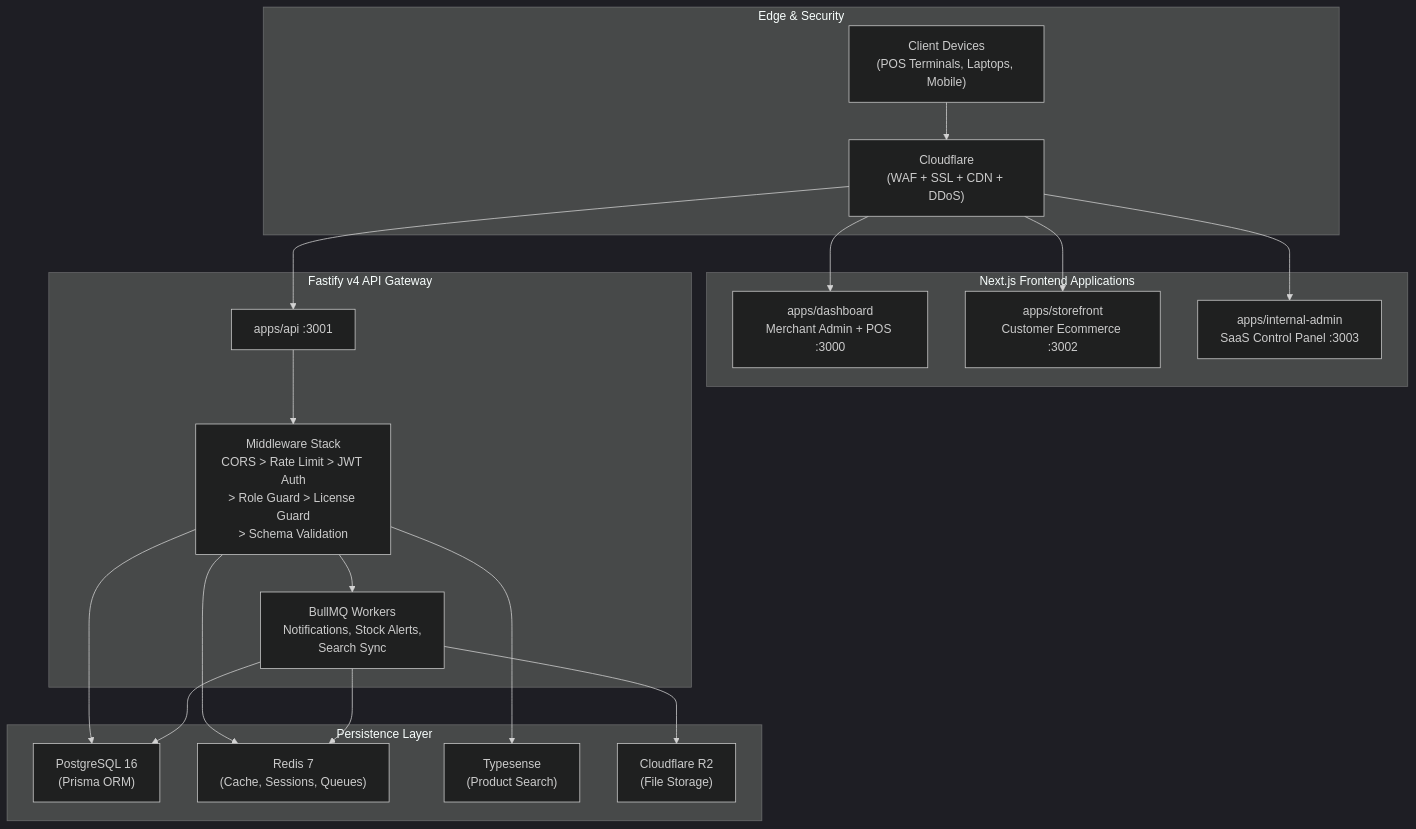
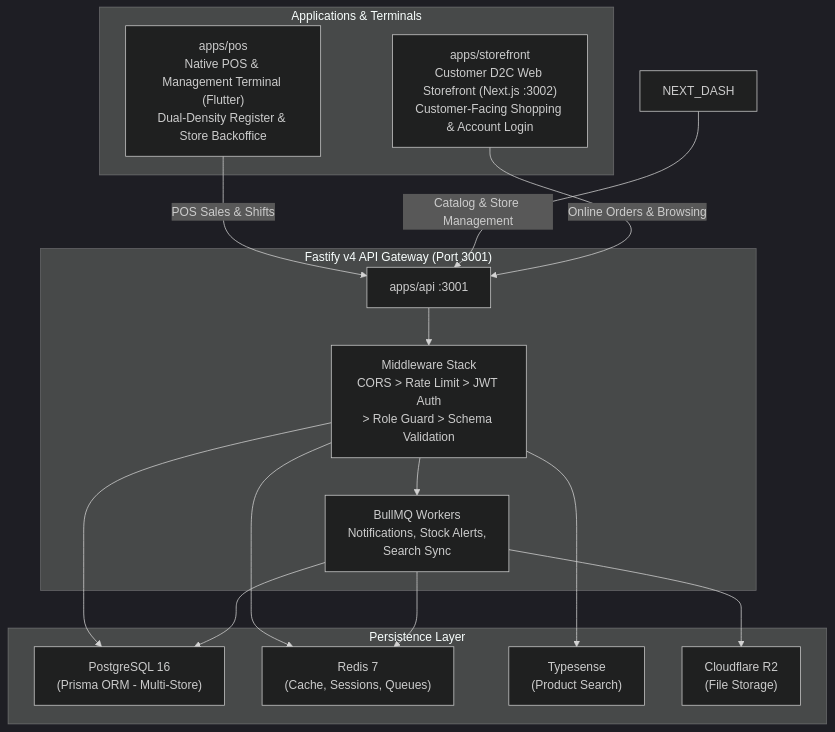
Before and after one commit to codernotme/marketplace: the second of 2 diagrams in docs/README.md, drawn with Mermaid (dark theme). The commit also changed other lines of this file and 264 other files, not shown here.

Commit message:
feat: initialize api and pos applications with initial modules and structure

````diff
--- a/docs/README.md
+++ b/docs/README.md
@@ -48,33 +48,27 @@
 ```mermaid
 flowchart TD
-    subgraph Edge["Edge & Security"]
-        CLIENT["Client Devices<br/>(POS Terminals, Laptops, Mobile)"]
-        CF["Cloudflare<br/>(WAF + SSL + CDN + DDoS)"]
+    subgraph Clients["Applications & Terminals"]
+        FLUTTER_POS["apps/pos<br/>Native POS & Management Terminal (Flutter)<br/>Dual-Density Register & Store Backoffice"]
+        NEXT_STORE["apps/storefront<br/>Customer D2C Web Storefront (Next.js :3002)<br/>Customer-Facing Shopping & Account Login"]
     end
 
-    subgraph Frontends["Next.js Frontend Applications"]
-        DASH["apps/dashboard<br/>Merchant Admin + POS :3000"]
-        STORE["apps/storefront<br/>Customer Ecommerce :3002"]
-        IADMIN["apps/internal-admin<br/>SaaS Control Panel :3003"]
-    end
-
-    subgraph Backend["Fastify v4 API Gateway"]
+    subgraph Backend["Fastify v4 API Gateway (Port 3001)"]
         API["apps/api :3001"]
-        MW["Middleware Stack<br/>CORS > Rate Limit > JWT Auth<br/>> Role Guard > License Guard<br/>> Schema Validation"]
+        MW["Middleware Stack<br/>CORS > Rate Limit > JWT Auth<br/>> Role Guard > Schema Validation"]
         WORKERS["BullMQ Workers<br/>Notifications, Stock Alerts,<br/>Search Sync"]
     end
 
     subgraph Data["Persistence Layer"]
-        PG["PostgreSQL 16<br/>(Prisma ORM)"]
+        PG["PostgreSQL 16<br/>(Prisma ORM - Multi-Store)"]
         RD["Redis 7<br/>(Cache, Sessions, Queues)"]
         TS["Typesense<br/>(Product Search)"]
         R2["Cloudflare R2<br/>(File Storage)"]
     end
 
-    CLIENT --> CF
-    CF --> DASH & STORE & IADMIN
-    CF --> API
+    FLUTTER_POS -->|"POS Sales & Shifts"| API
+    NEXT_DASH -->|"Catalog & Store Management"| API
+    NEXT_STORE -->|"Online Orders & Browsing"| API
     API --> MW --> WORKERS
     MW --> PG & RD & TS
     WORKERS --> PG & RD & R2
 ```
````
